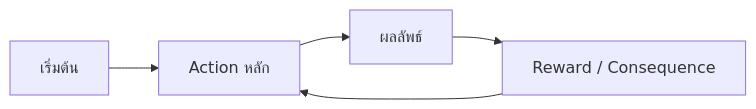
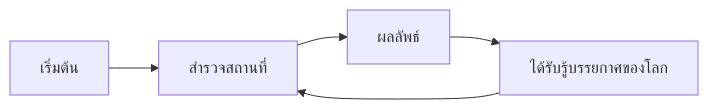
One commit to Supakorn-p/untitled-game changed the diagram in docs/gdd/01-core-loop.md. Above: the diagram before and after it, drawn with Mermaid. The commit also changed other lines of this file, not shown here.

````diff
--- a/docs/gdd/01-core-loop.md
+++ b/docs/gdd/01-core-loop.md
@@ -10,7 +10,7 @@
 ```mermaid
 flowchart LR
-    A[เริ่มต้น] --> B[Action หลัก]
+    A[เริ่มต้น] --> B[สำรวจสถานที่]
     B --> C[ผลลัพธ์]
-    C --> D[Reward / Consequence]
+    C --> D[ได้รับรู้บรรยกาศของโลก]
     D --> B
 ```
````
